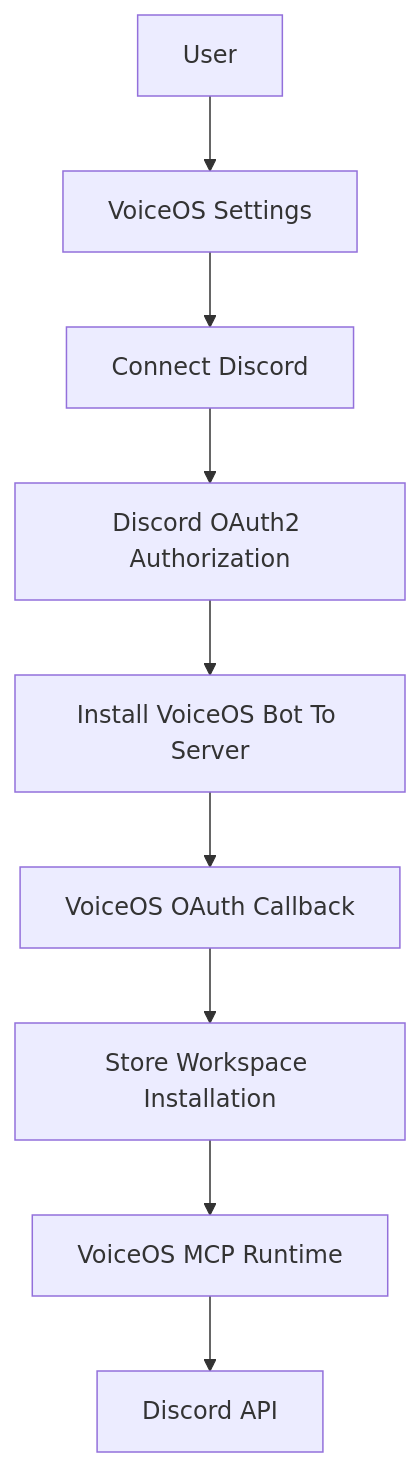
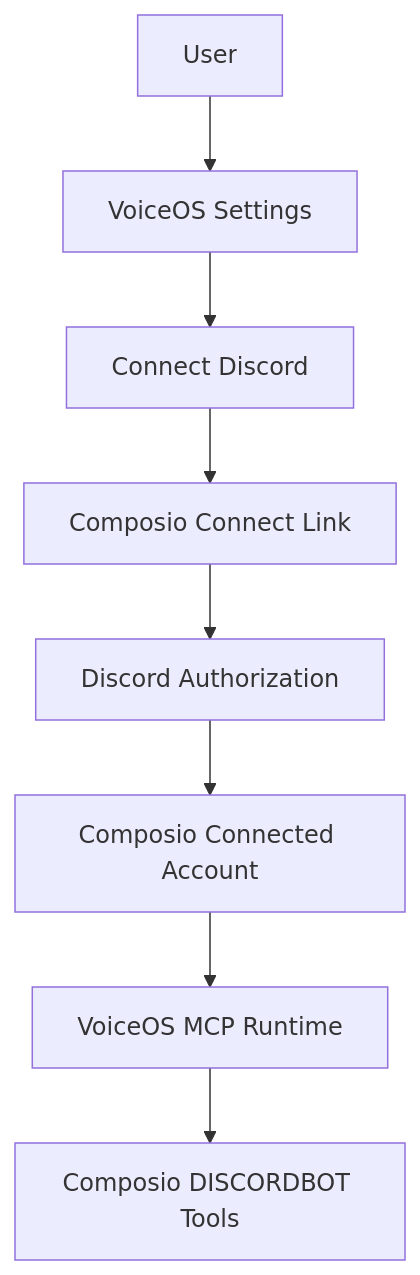
One commit to CharityDEX/voiceos-discord-mcp changed the diagram in oauth_architecture.md. Above: the diagram before and after it, drawn with Mermaid. The commit also changed other lines of this file and 6 other files, not shown here.

First line of the commit message:
Add Composio Discord bot authentication

````diff
--- a/oauth_architecture.md
+++ b/oauth_architecture.md
@@ -22,11 +23,10 @@
 ```mermaid
 flowchart TD
   user[User] --> voiceosSettings[VoiceOS Settings]
   voiceosSettings --> connectDiscord[Connect Discord]
-  connectDiscord --> discordOAuth[Discord OAuth2 Authorization]
-  discordOAuth --> installBot[Install VoiceOS Bot To Server]
-  installBot --> callback[VoiceOS OAuth Callback]
-  callback --> tokenStore[Store Workspace Installation]
-  tokenStore --> mcpRuntime[VoiceOS MCP Runtime]
-  mcpRuntime --> discordApi[Discord API]
+  connectDiscord --> composioLink[Composio Connect Link]
+  composioLink --> discordOAuth[Discord Authorization]
+  discordOAuth --> composioAccount[Composio Connected Account]
+  composioAccount --> mcpRuntime[VoiceOS MCP Runtime]
+  mcpRuntime --> discordBotTools[Composio DISCORDBOT Tools]
 ```
````
